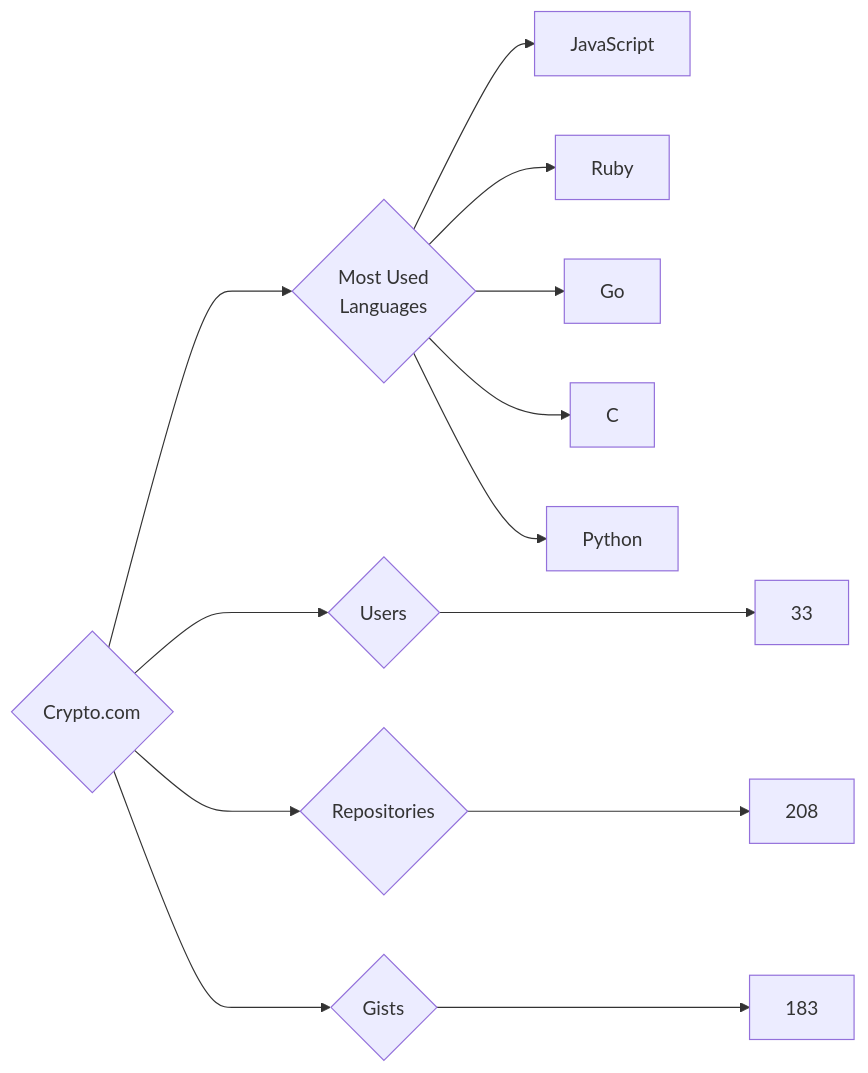
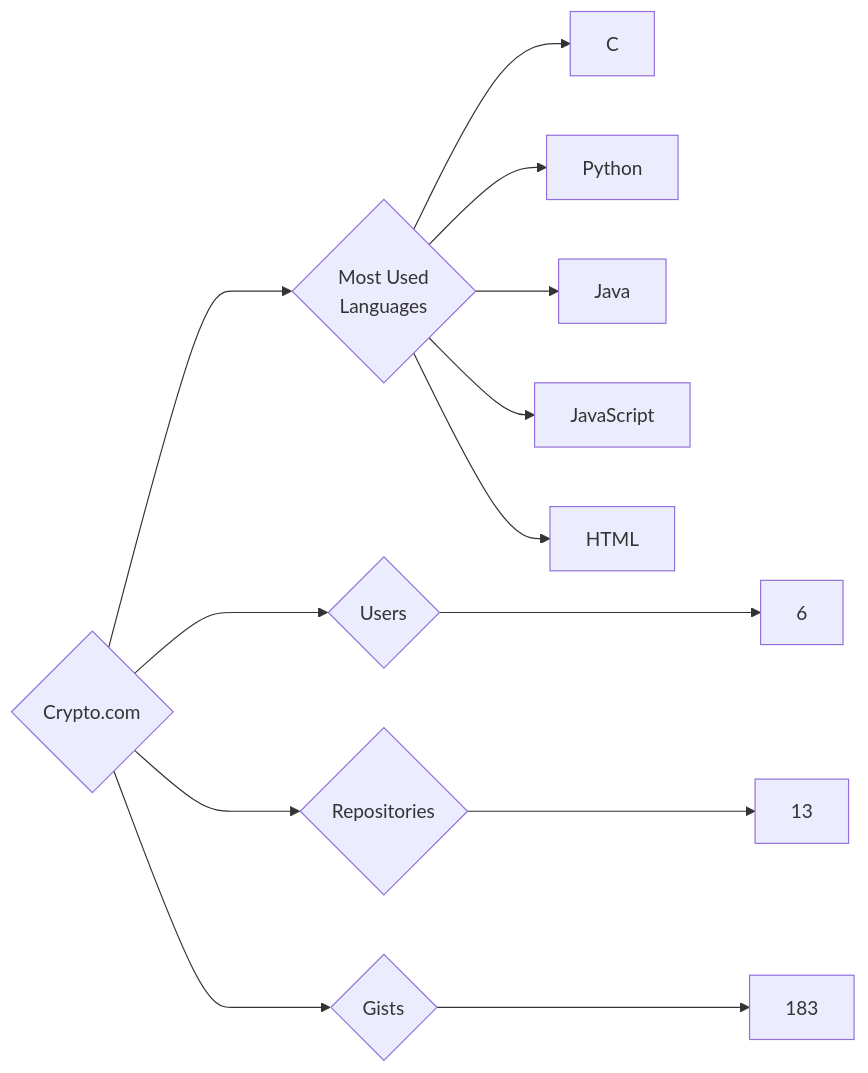
The diagram in targets/Crypto.com/README.md (trickest/insiders), drawn with Mermaid before and after one commit. The commit also changed 874 other files, not shown here.

````diff
--- a/targets/Crypto.com/README.md
+++ b/targets/Crypto.com/README.md
@@ -3,13 +3,13 @@
 ```mermaid
 graph LR
 COMPANY_NAME{Crypto.com}
-COMPANY_NAME ---> U{Users} ---> UN[33]
-COMPANY_NAME ---> R{Repositories} ---> RN[208]
+COMPANY_NAME ---> U{Users} ---> UN[6]
+COMPANY_NAME ---> R{Repositories} ---> RN[13]
 COMPANY_NAME ---> G{Gists} ---> GN[183]
 COMPANY_NAME ---> ML{Most Used<br>Languages}
-ML --> JavaScript[JavaScript]
-ML --> Ruby[Ruby]
-ML --> Go[Go]
 ML --> C[C]
 ML --> Python[Python]
+ML --> Java[Java]
+ML --> JavaScript[JavaScript]
+ML --> HTML[HTML]
 ```
````
